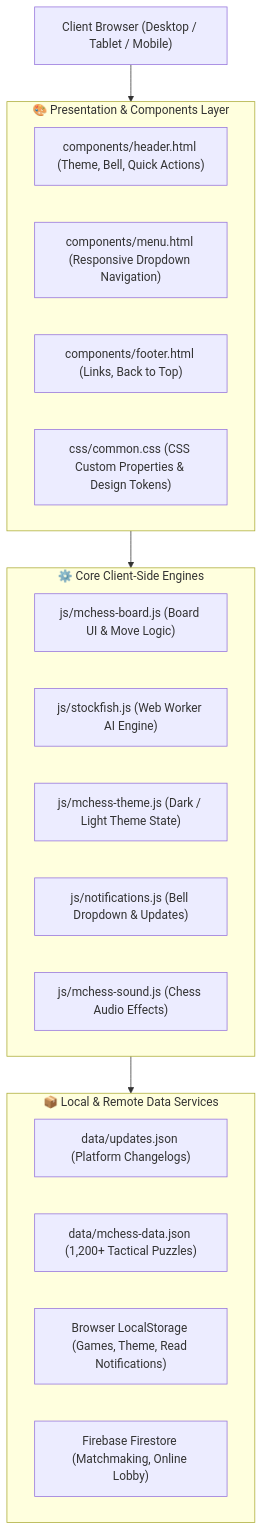
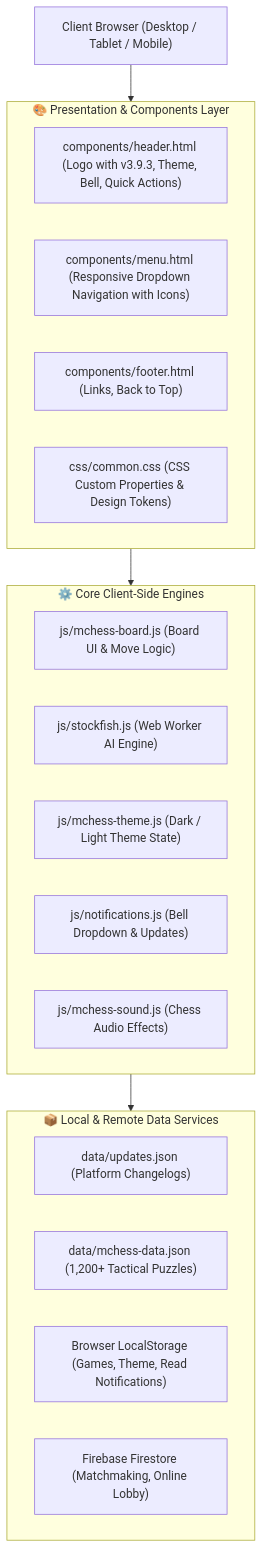
Before and after one commit to EG1DOTIN/mchess.eg1.in: the diagram in docs/README.md, drawn with Mermaid. The commit also changed 15 other files, not shown here.

First line of the commit message:
feat(navigation): add menu icons, brand superscript, and dynamic version SSOT engine

````diff
--- a/docs/README.md
+++ b/docs/README.md
@@ -33,30 +33,30 @@
 ```mermaid
 flowchart TD
     Client["Client Browser (Desktop / Tablet / Mobile)"]
 
     subgraph Presentation_Layer ["🎨 Presentation & Components Layer"]
-        HeaderComp["components/header.html (Theme, Bell, Quick Actions)"]
-        MenuComp["components/menu.html (Responsive Dropdown Navigation)"]
+        HeaderComp["components/header.html (Logo with v3.9.3, Theme, Bell, Quick Actions)"]
+        MenuComp["components/menu.html (Responsive Dropdown Navigation with Icons)"]
         FooterComp["components/footer.html (Links, Back to Top)"]
         CSSCommon["css/common.css (CSS Custom Properties & Design Tokens)"]
     end
 
     subgraph Core_Engines ["⚙️ Core Client-Side Engines"]
         BoardEngine["js/mchess-board.js (Board UI & Move Logic)"]
         StockfishWorker["js/stockfish.js (Web Worker AI Engine)"]
         ThemeController["js/mchess-theme.js (Dark / Light Theme State)"]
         NotificationEngine["js/notifications.js (Bell Dropdown & Updates)"]
         SoundFX["js/mchess-sound.js (Chess Audio Effects)"]
     end
 
     subgraph Data_Layer ["📦 Local & Remote Data Services"]
         UpdatesData["data/updates.json (Platform Changelogs)"]
         MasterDataset["data/mchess-data.json (1,200+ Tactical Puzzles)"]
         LocalStorageData["Browser LocalStorage (Games, Theme, Read Notifications)"]
         FirebaseFirestore["Firebase Firestore (Matchmaking, Online Lobby)"]
     end
 
     Client --> Presentation_Layer
     Presentation_Layer --> Core_Engines
     Core_Engines --> Data_Layer
 ```
````
